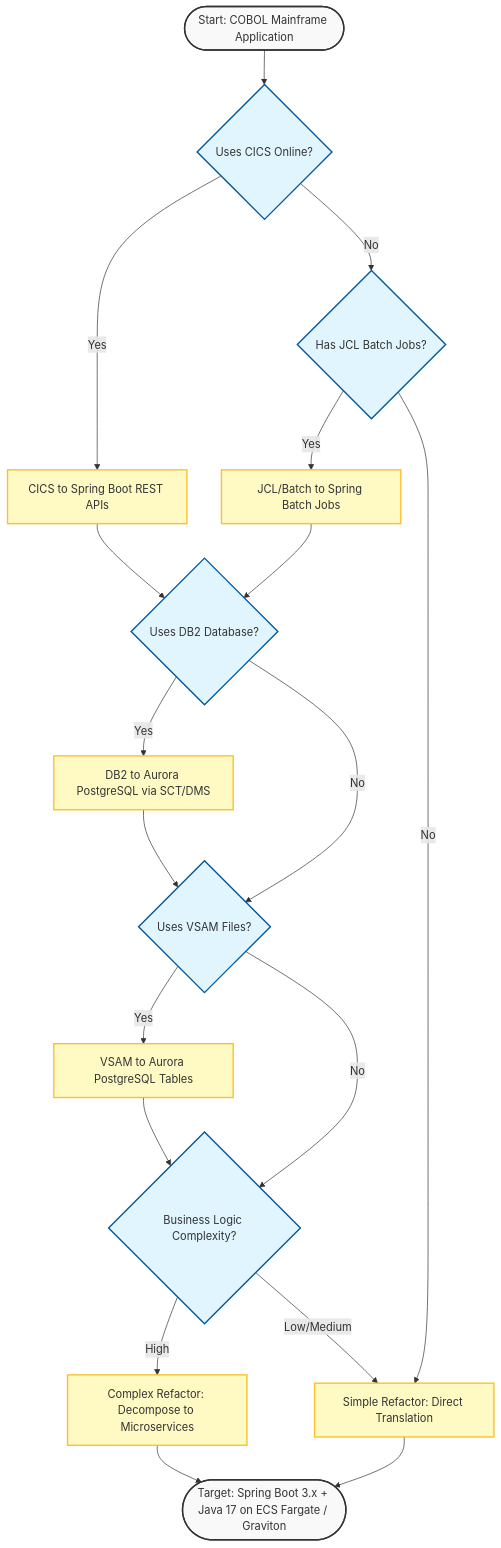
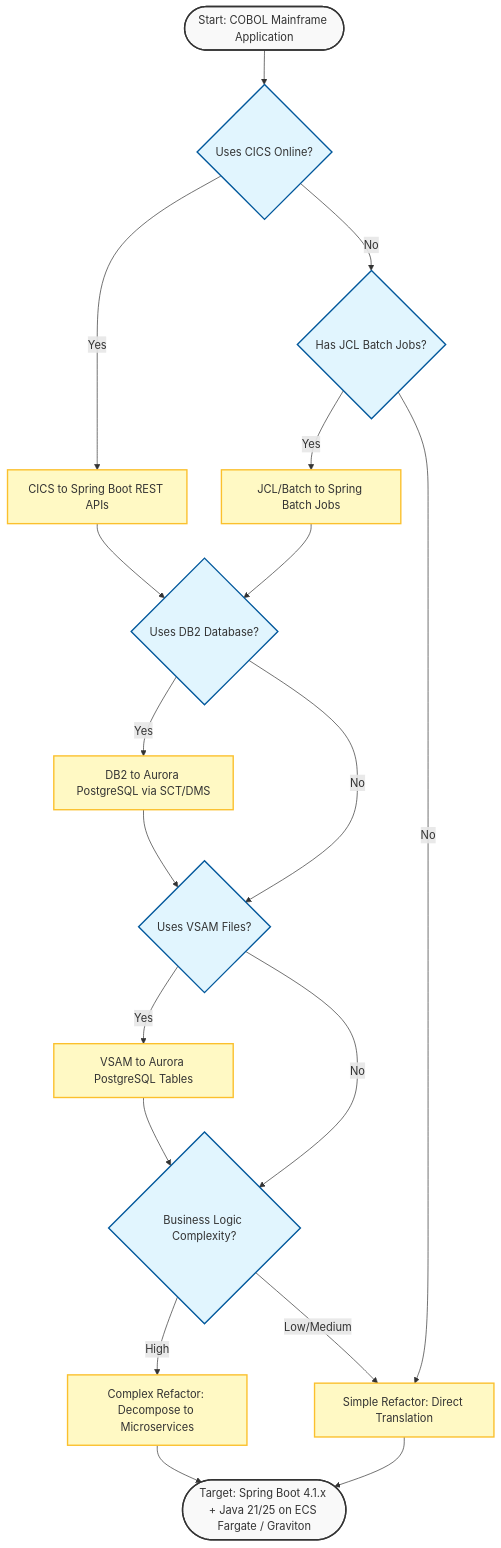
The first of 5 diagrams in steering/cobol-to-java.md (davidcslau/enterprise-modernization-analyzer), drawn with Mermaid before and after one commit. The commit also changed other lines of this file and 7 other files, not shown here.

First line of the commit message:
feat: Java/J2EE depth for a Spring Boot 4.1 target

````diff
--- a/steering/cobol-to-java.md
+++ b/steering/cobol-to-java.md
@@ -52,42 +52,42 @@
 ```mermaid
 flowchart TD
     Start([Start: COBOL Mainframe Application])
     CheckCICS{Uses CICS Online?}
     CheckDB2{Uses DB2 Database?}
     CheckVSAM{Uses VSAM Files?}
     CheckBatch{Has JCL Batch Jobs?}
     CheckComplexity{Business Logic Complexity?}
     CICSPath[CICS to Spring Boot REST APIs]
     DB2Path[DB2 to Aurora PostgreSQL via SCT/DMS]
     VSAMPath[VSAM to Aurora PostgreSQL Tables]
     BatchPath[JCL/Batch to Spring Batch Jobs]
     SimplePath[Simple Refactor: Direct Translation]
     ComplexPath[Complex Refactor: Decompose to Microservices]
-    TargetArch([Target: Spring Boot 3.x + Java 17 on ECS Fargate / Graviton])
+    TargetArch([Target: Spring Boot 4.1.x + Java 21/25 on ECS Fargate / Graviton])
 
     Start --> CheckCICS
     CheckCICS -- Yes --> CICSPath
     CheckCICS -- No --> CheckBatch
     CheckBatch -- Yes --> BatchPath
     CheckBatch -- No --> SimplePath
     CICSPath --> CheckDB2
     BatchPath --> CheckDB2
     CheckDB2 -- Yes --> DB2Path
     CheckDB2 -- No --> CheckVSAM
     DB2Path --> CheckVSAM
     CheckVSAM -- Yes --> VSAMPath
     CheckVSAM -- No --> CheckComplexity
     VSAMPath --> CheckComplexity
     CheckComplexity -- High --> ComplexPath
     CheckComplexity -- Low/Medium --> SimplePath
     ComplexPath --> TargetArch
     SimplePath --> TargetArch
 
     classDef decision fill:#e1f5fe,stroke:#01579b,stroke-width:2px;
     classDef process fill:#fff9c4,stroke:#fbc02d,stroke-width:2px;
     classDef success fill:#e8f5e9,stroke:#2e7d32,stroke-width:4px;
     classDef termination fill:#f9f9f9,stroke:#333,stroke-width:2px;
     class Start,TargetArch termination;
     class CheckCICS,CheckDB2,CheckVSAM,CheckBatch,CheckComplexity decision;
     class CICSPath,DB2Path,VSAMPath,BatchPath,SimplePath,ComplexPath process;
 ```
````
